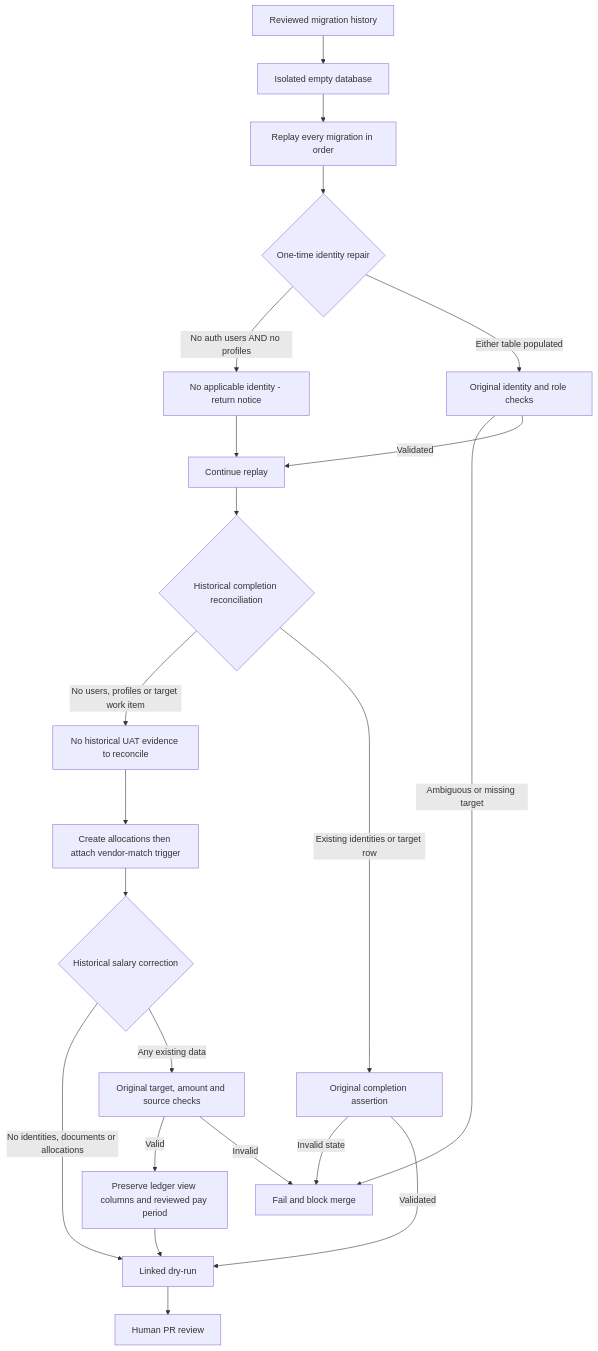
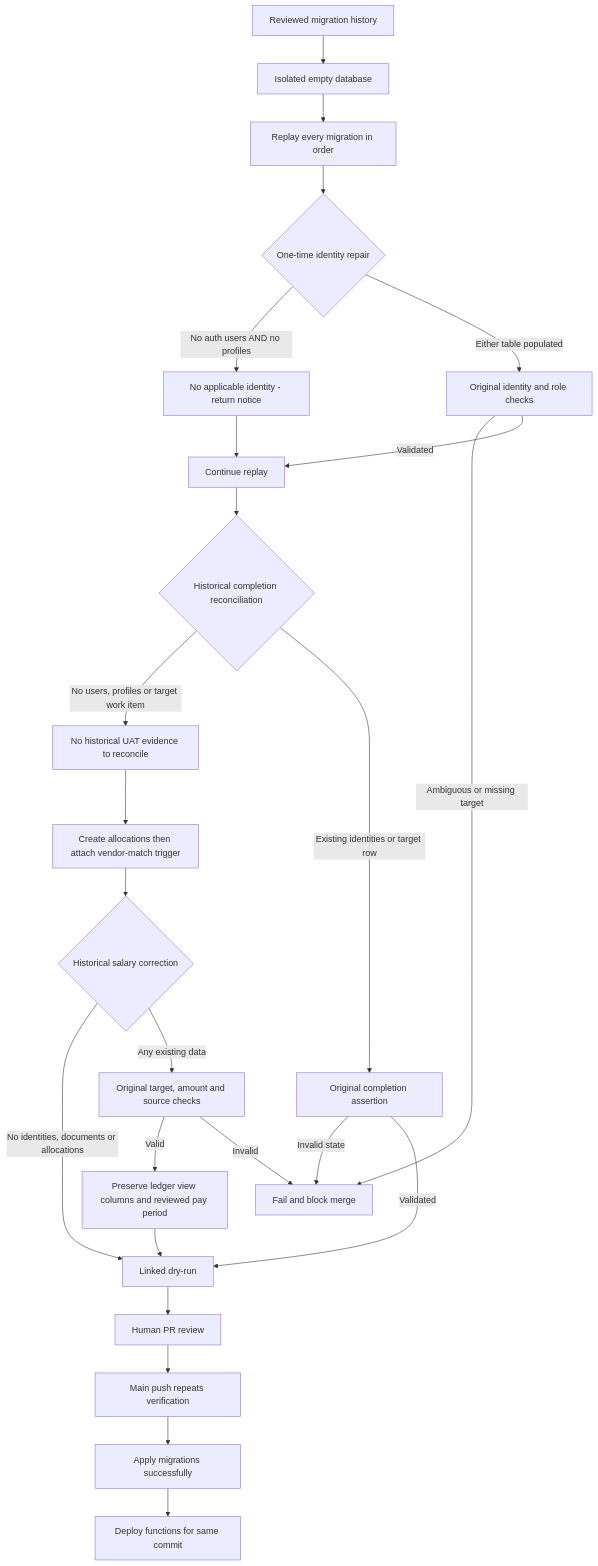
One commit to paramonjong-afk/WisdomAI changed the diagram in docs/SUPABASE_REPLAY_FLOW.md. Above: the diagram before and after it, drawn with Mermaid. The commit also changed other lines of this file and 12 other files, not shown here.

Commit message:
fix: complete migration guard and sequence Supabase deploy [SYS-CICD-001]

````diff
--- a/docs/SUPABASE_REPLAY_FLOW.md
+++ b/docs/SUPABASE_REPLAY_FLOW.md
@@ -1,24 +1,27 @@
 ```mermaid
 flowchart TD
   A[Reviewed migration history] --> B[Isolated empty database]
   B --> C[Replay every migration in order]
   C --> D{One-time identity repair}
   D -->|No auth users AND no profiles| E[No applicable identity - return notice]
   D -->|Either table populated| F[Original identity and role checks]
   F -->|Ambiguous or missing target| G[Fail and block merge]
   E --> H[Continue replay]
   F -->|Validated| H
   H --> K{Historical completion reconciliation}
   K -->|No users, profiles or target work item| L[No historical UAT evidence to reconcile]
   K -->|Existing identities or target row| M[Original completion assertion]
   M -->|Invalid state| G
   M -->|Validated| I[Linked dry-run]
   L --> N[Create allocations then attach vendor-match trigger]
   N --> O{Historical salary correction}
   O -->|No identities, documents or allocations| I
   O -->|Any existing data| P[Original target, amount and source checks]
   P -->|Valid| Q[Preserve ledger view columns and reviewed pay period]
   Q --> I
   P -->|Invalid| G
   I --> J[Human PR review]
+  J --> R[Main push repeats verification]
+  R --> S[Apply migrations successfully]
+  S --> T[Deploy functions for same commit]
 ```
````
